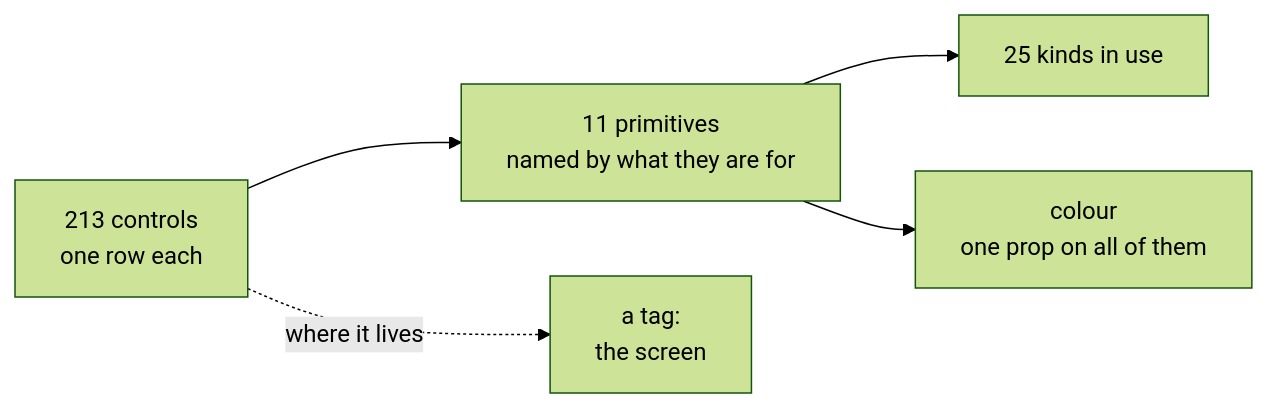
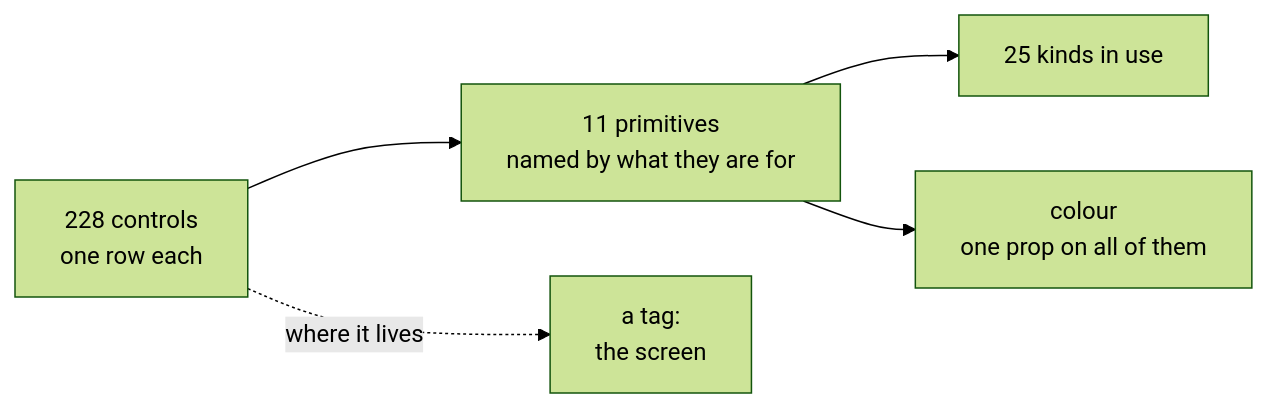
One commit to abossard/bossylights changed the diagram in docs/design/kit.md. Above: the diagram before and after it, drawn with Mermaid (forest theme). The commit also changed other lines of this file and 7 other files, not shown here.

````diff
--- a/docs/design/kit.md
+++ b/docs/design/kit.md
@@ -6,7 +6,7 @@
 ```mermaid
 flowchart LR
-  R["213 controls<br/>one row each"] --> K["11 primitives<br/>named by what they are for"]
+  R["228 controls<br/>one row each"] --> K["11 primitives<br/>named by what they are for"]
   K --> V["25 kinds in use"]
   K --> C["colour<br/>one prop on all of them"]
   R -. "where it lives" .-> T["a tag:<br/>the screen"]
 ```
````
